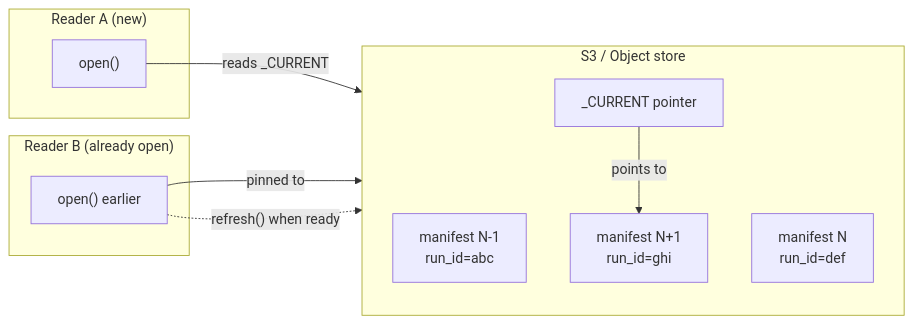
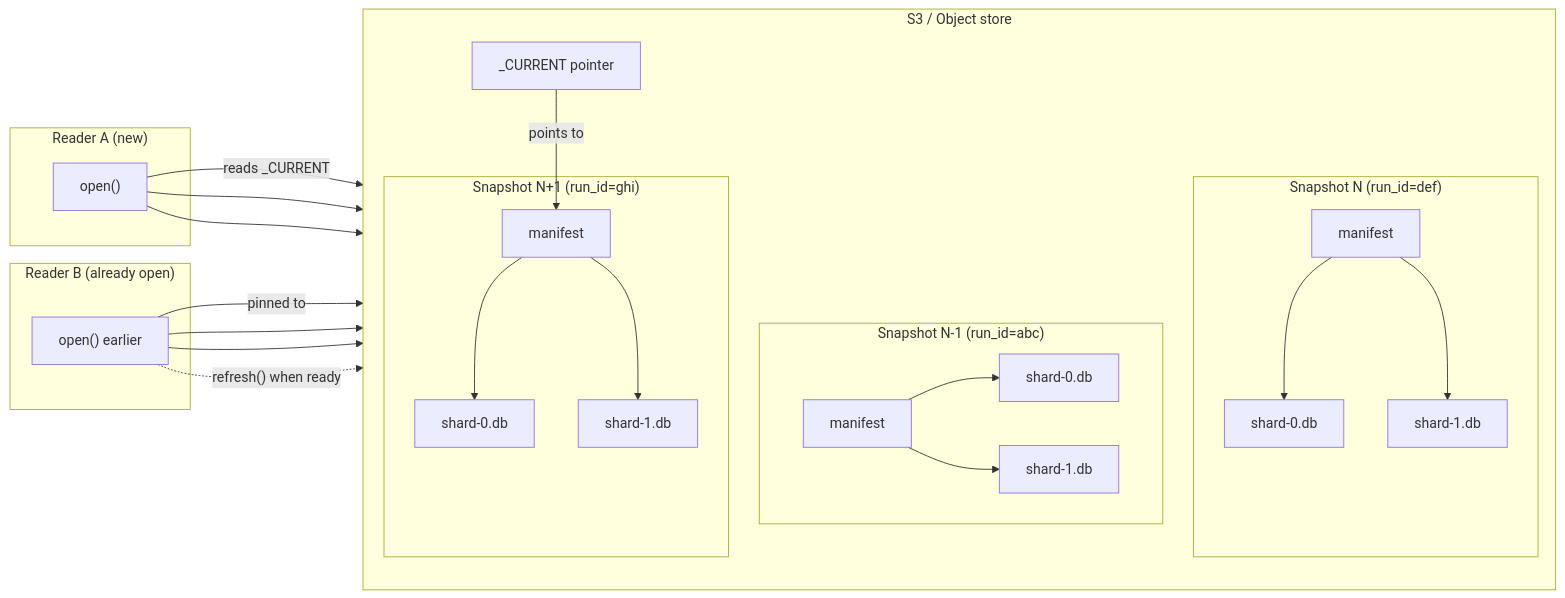
One commit to elkin/shardyfusion changed the first of 5 diagrams in docs/use-cases/kv-storage/overview.md. Above: the diagram before and after it, drawn with Mermaid.

Commit message:
docs: add shard files to snapshot migration diagram
Show each manifest pointing to its own set of shard files so it
is visually obvious that every snapshot is self-contained and old
readers continue to use their pinned snapshot's shards.

````diff
--- a/docs/use-cases/kv-storage/overview.md
+++ b/docs/use-cases/kv-storage/overview.md
@@ -13,21 +13,45 @@
 ```mermaid
 flowchart LR
     subgraph S3["S3 / Object store"]
         direction TB
-        MAN1["manifest N-1<br/>run_id=abc"]
-        MAN2["manifest N<br/>run_id=def"]
-        MAN3["manifest N+1<br/>run_id=ghi"]
-        CUR["_CURRENT pointer"]
 
-        CUR -->|points to| MAN3
+        subgraph snapN1["Snapshot N-1 (run_id=abc)"]
+            MAN1["manifest"]
+            SH1_0["shard-0.db"]
+            SH1_1["shard-1.db"]
+            MAN1 --> SH1_0
+            MAN1 --> SH1_1
+        end
+
+        subgraph snapN["Snapshot N (run_id=def)"]
+            MAN2["manifest"]
+            SH2_0["shard-0.db"]
+            SH2_1["shard-1.db"]
+            MAN2 --> SH2_0
+            MAN2 --> SH2_1
+        end
+
+        subgraph snapN1_new["Snapshot N+1 (run_id=ghi)"]
+            MAN3["manifest"]
+            SH3_0["shard-0.db"]
+            SH3_1["shard-1.db"]
+            MAN3 --> SH3_0
+            MAN3 --> SH3_1
+        end
+
+        CUR["_CURRENT pointer"] -->|points to| MAN3
     end
 
     subgraph "Reader A (new)"
         RA["open()"] -->|reads _CURRENT| MAN3
+        RA --> SH3_0
+        RA --> SH3_1
     end
 
     subgraph "Reader B (already open)"
         RB["open() earlier"] -->|pinned to| MAN2
+        RB --> SH2_0
+        RB --> SH2_1
         RB -.->|"refresh() when ready"| MAN3
     end
 ```
````
